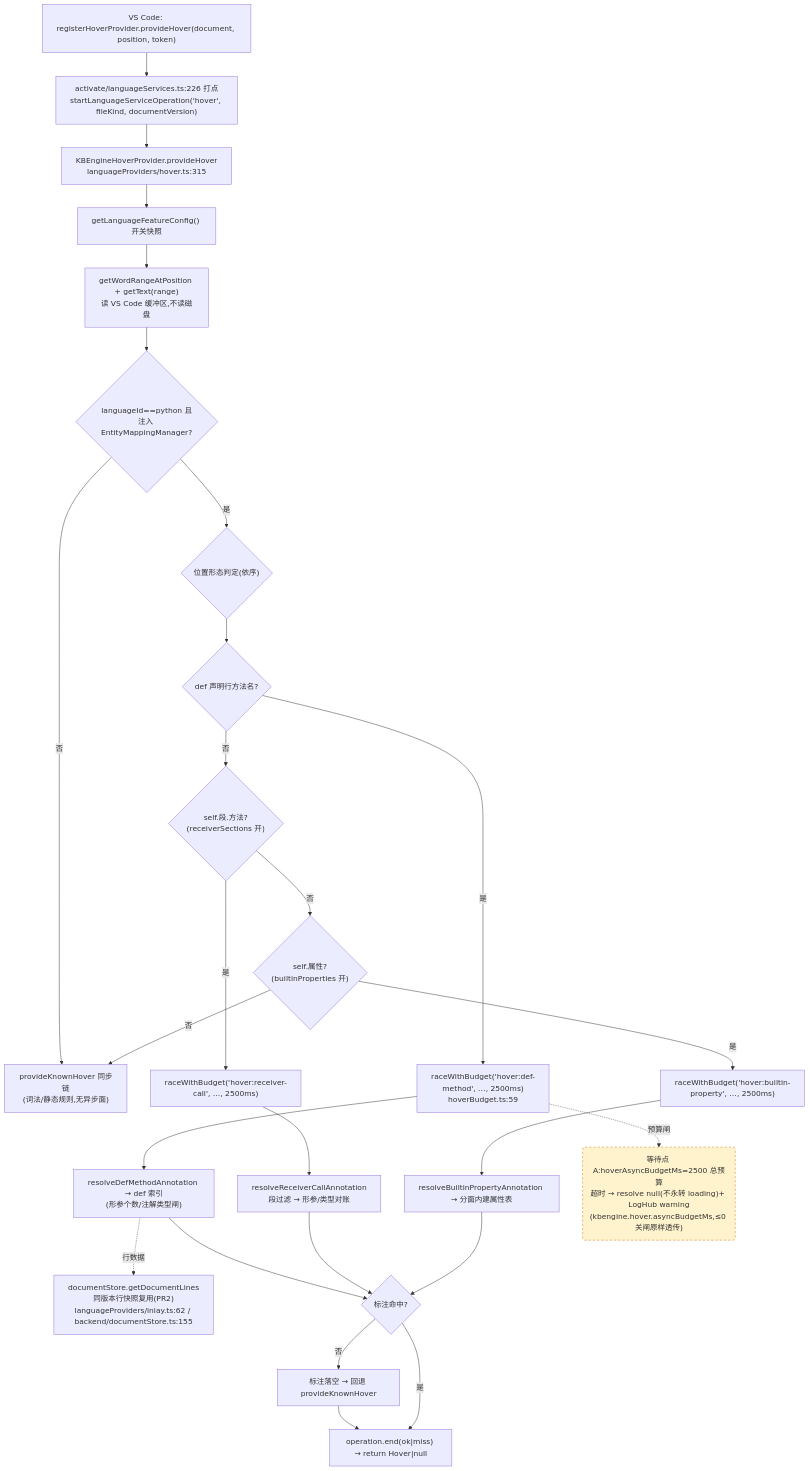
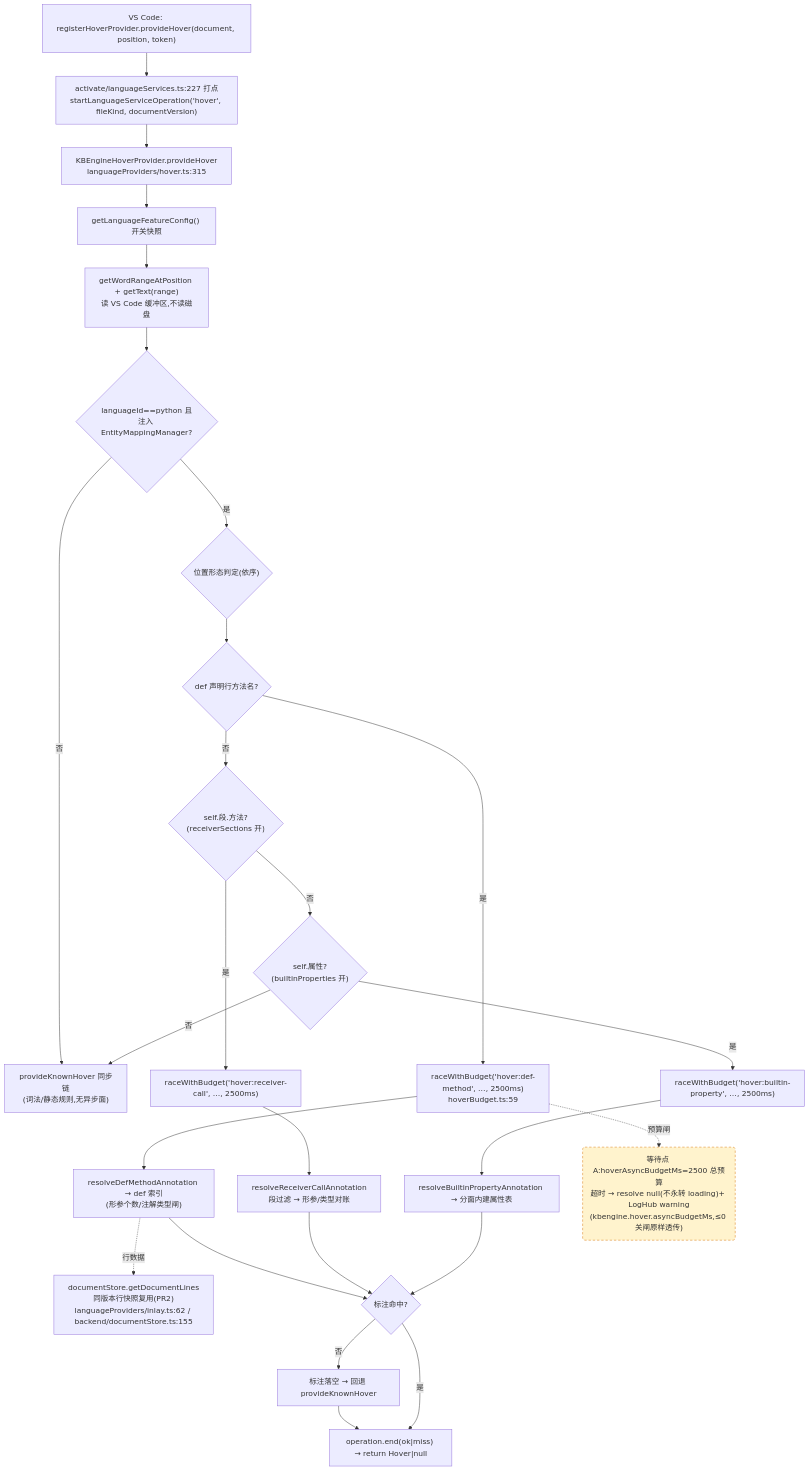
One commit to cuihairu/kode changed the first of 4 diagrams in docs/perf/2026-baseline.md. Above: the diagram before and after it, drawn with Mermaid. The commit also changed other lines of this file and 12 other files, not shown here.

````diff
--- a/docs/perf/2026-baseline.md
+++ b/docs/perf/2026-baseline.md
@@ -107,45 +108,45 @@
 ```mermaid
 flowchart TD
   VC1["VS Code: registerHoverProvider.provideHover(document, position, token)"]
-  M1["activate/languageServices.ts:226 打点<br/>startLanguageServiceOperation('hover', fileKind, documentVersion)"]
+  M1["activate/languageServices.ts:227 打点<br/>startLanguageServiceOperation('hover', fileKind, documentVersion)"]
   HP["KBEngineHoverProvider.provideHover<br/>languageProviders/hover.ts:315"]
   CFG["getLanguageFeatureConfig() 开关快照"]
   WORD["getWordRangeAtPosition + getText(range)<br/>读 VS Code 缓冲区,不读磁盘"]
   BR{"languageId==python 且<br/>注入 EntityMappingManager?"}
   KN["provideKnownHover 同步链<br/>(词法/静态规则,无异步面)"]
   POS{"位置形态判定(依序)"}
   D1{"def 声明行方法名?"}
   D2{"self.段.方法?<br/>(receiverSections 开)"}
   D3{"self.属性?<br/>(builtinProperties 开)"}
   RA1["raceWithBudget('hover:def-method', …, 2500ms)<br/>hoverBudget.ts:59"]
   RA2["raceWithBudget('hover:receiver-call', …, 2500ms)"]
   RA3["raceWithBudget('hover:builtin-property', …, 2500ms)"]
   RS1["resolveDefMethodAnnotation → def 索引<br/>(形参个数/注解类型闸)"]
   RS2["resolveReceiverCallAnnotation<br/>段过滤 → 形参/类型对账"]
   RS3["resolveBuiltinPropertyAnnotation → 分面内建属性表"]
   LINES["documentStore.getDocumentLines<br/>同版本行快照复用(PR2)<br/>languageProviders/inlay.ts:62 / backend/documentStore.ts:155"]
   MISS["标注落空 → 回退 provideKnownHover"]
   END1["operation.end(ok|miss) → return Hover|null"]
 
   VC1 --> M1 --> HP --> CFG --> WORD --> BR
   BR -- "否" --> KN
   BR -- "是" --> POS --> D1
   D1 -- "是" --> RA1 --> RS1
   D1 -- "否" --> D2
   D2 -- "是" --> RA2 --> RS2
   D2 -- "否" --> D3
   D3 -- "是" --> RA3 --> RS3
   D3 -- "否" --> KN
   RS1 --> HIT{"标注命中?"}
   RS2 --> HIT
   RS3 --> HIT
   RS1 -.->|行数据| LINES
   HIT -- "否" --> MISS --> END1
   HIT -- "是" --> END1
 
   WAITA("等待点 A:hoverAsyncBudgetMs=2500 总预算<br/>超时 → resolve null(不永转 loading)+ LogHub warning<br/>(kbengine.hover.asyncBudgetMs,≤0 关闸原样透传)")
   RA1 -.->|预算闸| WAITA
 
   classDef waitPoint fill:#fff3cd,stroke:#d97706,stroke-dasharray:5 4;
   class WAITA waitPoint;
 ```
````
